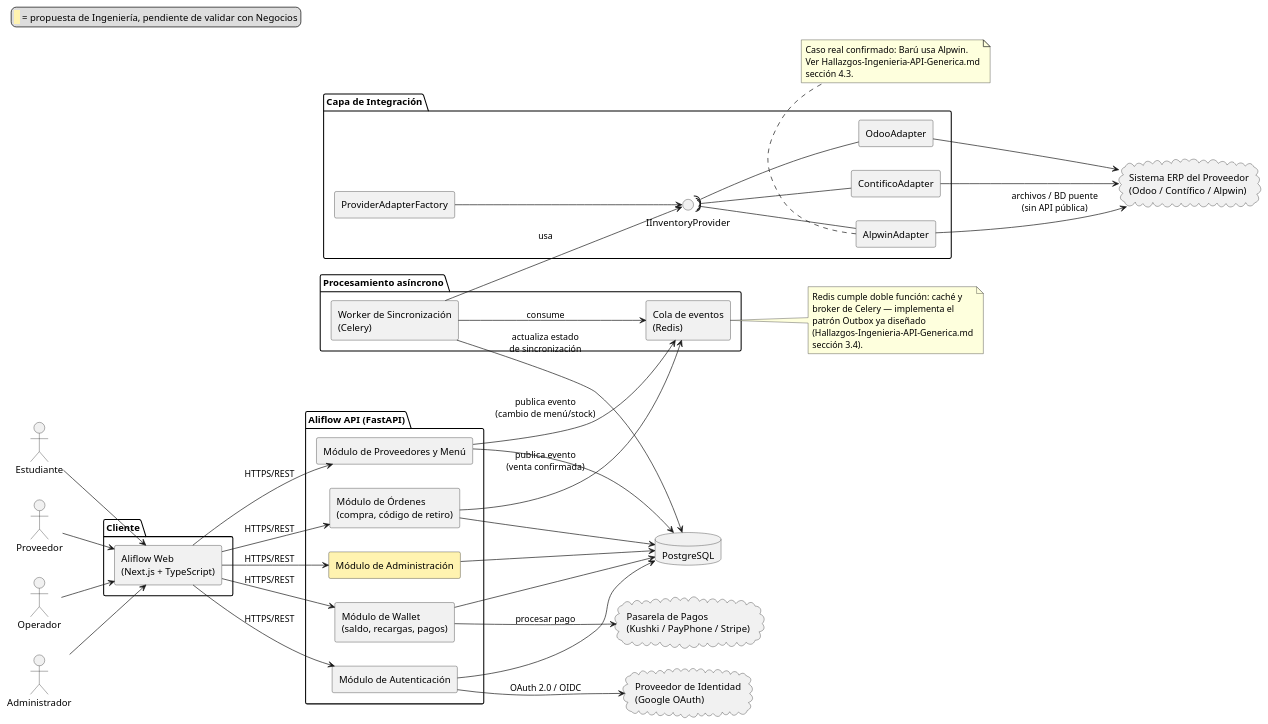
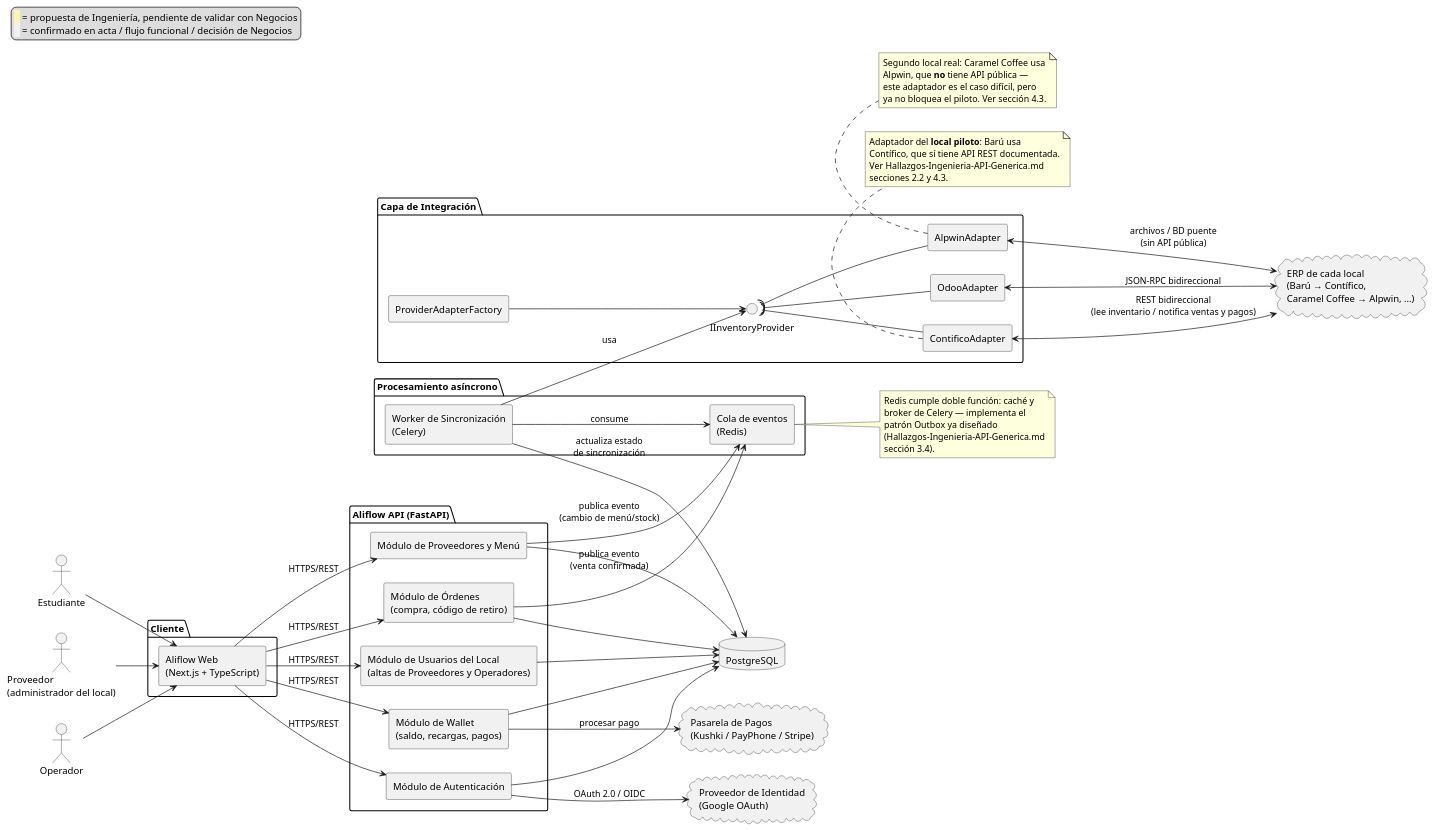
Before and after one commit to Jesus-JB/aliflow: the diagram in uml/diagrama-componentes.puml, drawn with PlantUML. The commit also changed 47 other files, not shown here.

First line of the commit message:
Incorporar 5 decisiones de Negocios y corregir el hallazgo de ERP

```diff
--- a/uml/diagrama-componentes.puml
+++ b/uml/diagrama-componentes.puml
@@ -1,96 +1,103 @@
 @startuml diagrama-componentes-aliflow
 
 skinparam componentStyle rectangle
 left to right direction
 
 legend top left
   <back:#FFF3B0>  </back> = propuesta de Ingeniería, pendiente de validar con Negocios
+  <back:#F1F1F1>  </back> = confirmado en acta / flujo funcional / decisión de Negocios
 endlegend
 
 actor Estudiante
-actor Proveedor
+actor "Proveedor\n(administrador del local)" as Proveedor
 actor Operador
-actor Administrador
 
 package "Cliente" {
   [Aliflow Web\n(Next.js + TypeScript)] as WEB
 }
 
 package "Aliflow API (FastAPI)" {
   [Módulo de Autenticación] as AUTH
   [Módulo de Wallet\n(saldo, recargas, pagos)] as WALLET
   [Módulo de Órdenes\n(compra, código de retiro)] as ORDERS
   [Módulo de Proveedores y Menú] as PROVMOD
-  [Módulo de Administración] as ADMINMOD #FFF3B0
+  [Módulo de Usuarios del Local\n(altas de Proveedores y Operadores)] as USERMOD
 }
 
 package "Capa de Integración" {
   interface IInventoryProvider
   [ProviderAdapterFactory] as FACTORY
-  [OdooAdapter] as ODOOA
   [ContificoAdapter] as CONTIFICOA
   [AlpwinAdapter] as ALPWINA
+  [OdooAdapter] as ODOOA
 
   FACTORY --> IInventoryProvider
-  ODOOA -up-( IInventoryProvider
   CONTIFICOA -up-( IInventoryProvider
   ALPWINA -up-( IInventoryProvider
+  ODOOA -up-( IInventoryProvider
 }
 
 package "Procesamiento asíncrono" {
   [Cola de eventos\n(Redis)] as QUEUE
   [Worker de Sincronización\n(Celery)] as WORKER
 }
 
 database "PostgreSQL" as DB
 
 cloud "Proveedor de Identidad\n(Google OAuth)" as IDP
 cloud "Pasarela de Pagos\n(Kushki / PayPhone / Stripe)" as PAY
-cloud "Sistema ERP del Proveedor\n(Odoo / Contífico / Alpwin)" as ERP
+cloud "ERP de cada local\n(Barú → Contífico,\nCaramel Coffee → Alpwin, …)" as ERP
 
 Estudiante --> WEB
 Proveedor --> WEB
 Operador --> WEB
-Administrador --> WEB
 
 WEB --> AUTH : HTTPS/REST
 WEB --> WALLET : HTTPS/REST
 WEB --> ORDERS : HTTPS/REST
 WEB --> PROVMOD : HTTPS/REST
-WEB --> ADMINMOD : HTTPS/REST
+WEB --> USERMOD : HTTPS/REST
 
 AUTH --> IDP : OAuth 2.0 / OIDC
 WALLET --> PAY : procesar pago
 
 AUTH --> DB
 WALLET --> DB
 ORDERS --> DB
 PROVMOD --> DB
-ADMINMOD --> DB
+USERMOD --> DB
 
 ORDERS --> QUEUE : publica evento\n(venta confirmada)
 PROVMOD --> QUEUE : publica evento\n(cambio de menú/stock)
 
 WORKER --> QUEUE : consume
 WORKER --> IInventoryProvider : usa
 WORKER --> DB : actualiza estado\nde sincronización
 
-ODOOA --> ERP
-CONTIFICOA --> ERP
-ALPWINA --> ERP : archivos / BD puente\n(sin API pública)
+CONTIFICOA <--> ERP : REST bidireccional\n(lee inventario / notifica ventas y pagos)
+ODOOA <--> ERP : JSON-RPC bidireccional
+ALPWINA <--> ERP : archivos / BD puente\n(sin API pública)
+
+note bottom of CONTIFICOA
+  Adaptador del **local piloto**: Barú usa
+  Contífico, que sí tiene API REST documentada.
+  Ver Hallazgos-Ingenieria-API-Generica.md
+  secciones 2.2 y 4.3.
+end note
 
 note bottom of ALPWINA
-  Caso real confirmado: Barú usa Alpwin.
-  Ver Hallazgos-Ingenieria-API-Generica.md
-  sección 4.3.
+  Segundo local real: Caramel Coffee usa
+  Alpwin, que **no** tiene API pública —
+  este adaptador es el caso difícil, pero
+  ya no bloquea el piloto. Ver sección 4.3.
 end note
 
 note right of QUEUE
   Redis cumple doble función: caché y
   broker de Celery — implementa el
   patrón Outbox ya diseñado
   (Hallazgos-Ingenieria-API-Generica.md
   sección 3.4).
 end note
 
 @enduml
```
